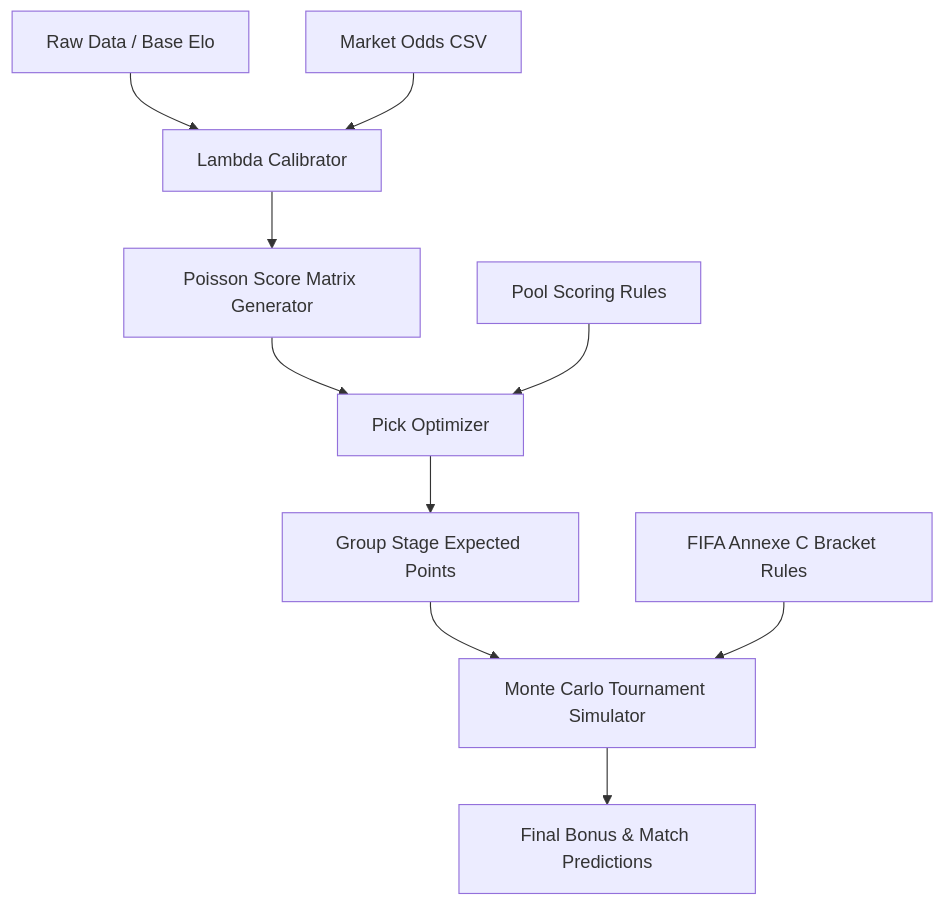
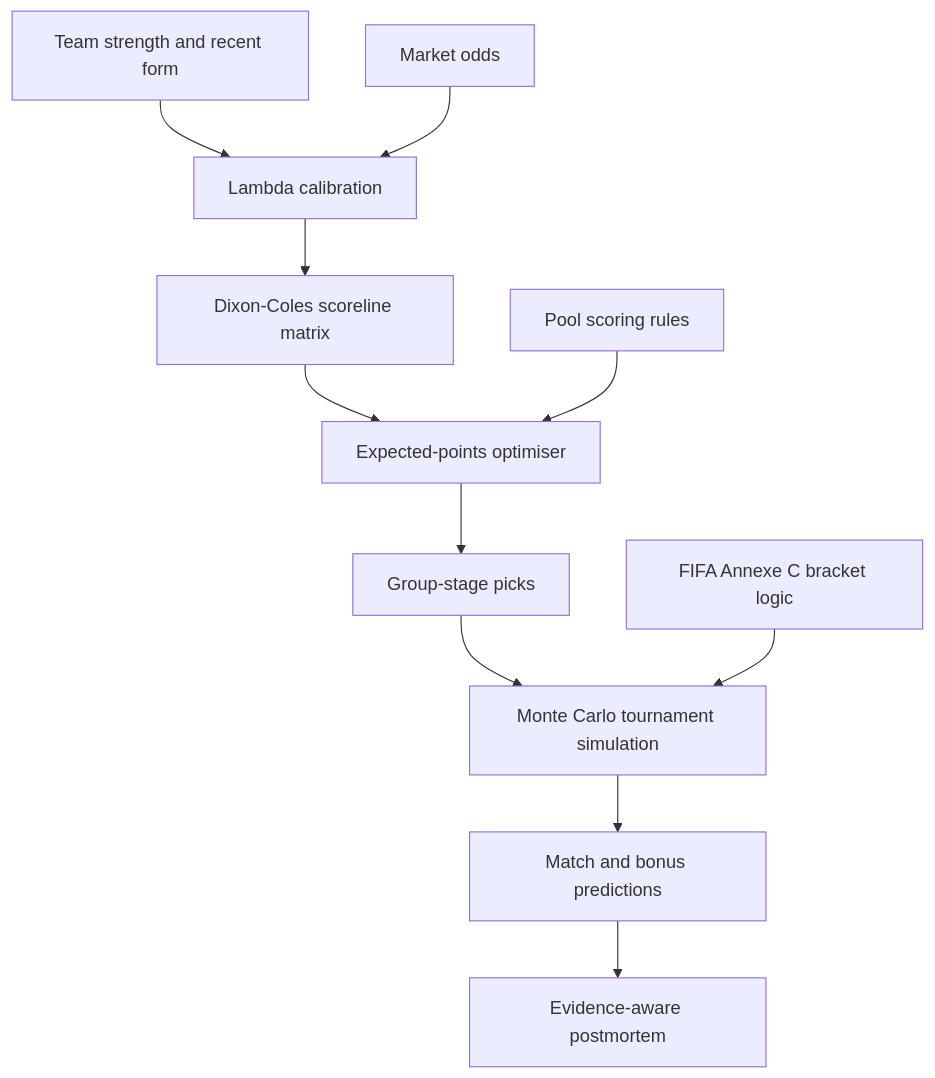
Before and after one commit to guilobocm/probabilistic-football-pool-optimiser: the diagram in README.md, drawn with Mermaid. The commit also changed other lines of this file, not shown here.

````diff
--- a/README.md
+++ b/README.md
@@ -7,12 +9,13 @@
 ```mermaid
 graph TD
-    A[Raw Data / Base Elo] --> B[Lambda Calibrator]
-    C[Market Odds CSV] --> B
-    B --> D[Poisson Score Matrix Generator]
-    D --> E[Pick Optimizer]
-    F[Pool Scoring Rules] --> E
-    E --> G[Group Stage Expected Points]
-    G --> H[Monte Carlo Tournament Simulator]
-    I[FIFA Annexe C Bracket Rules] --> H
-    H --> J[Final Bonus & Match Predictions]
+    A[Team strength and recent form] --> C[Lambda calibration]
+    B[Market odds] --> C
+    C --> D[Dixon-Coles scoreline matrix]
+    D --> E[Expected-points optimiser]
+    F[Pool scoring rules] --> E
+    E --> G[Group-stage picks]
+    G --> H[Monte Carlo tournament simulation]
+    I[FIFA Annexe C bracket logic] --> H
+    H --> J[Match and bonus predictions]
+    J --> K[Evidence-aware postmortem]
 ```
````
